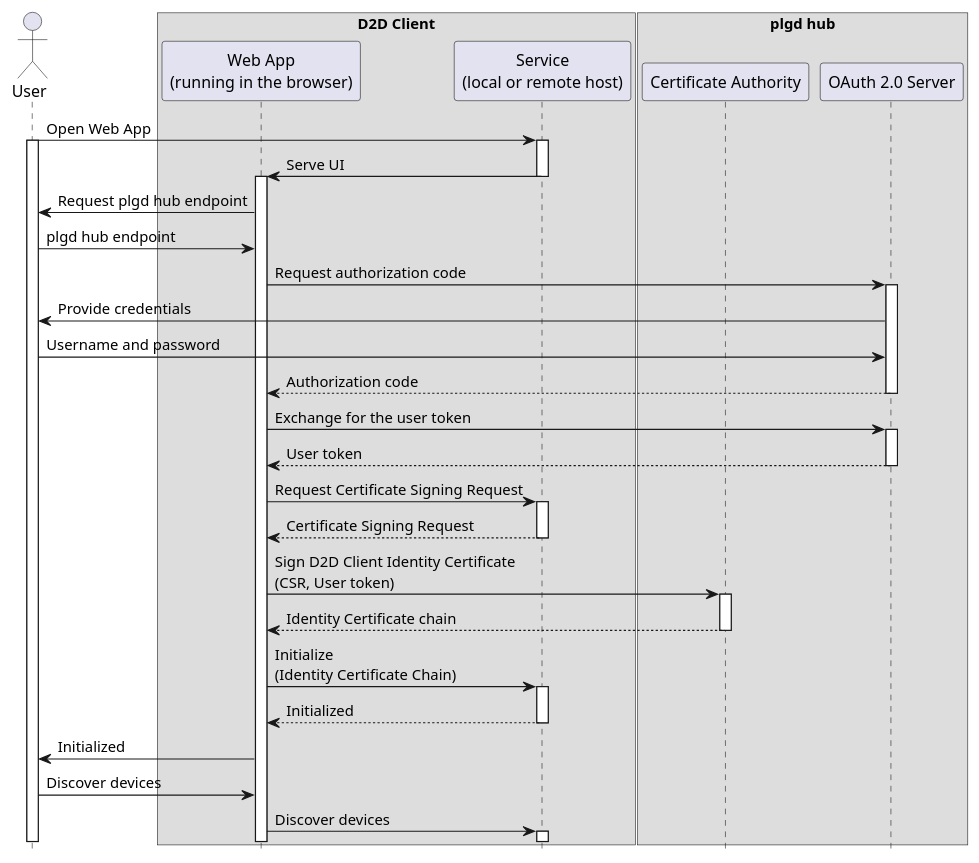
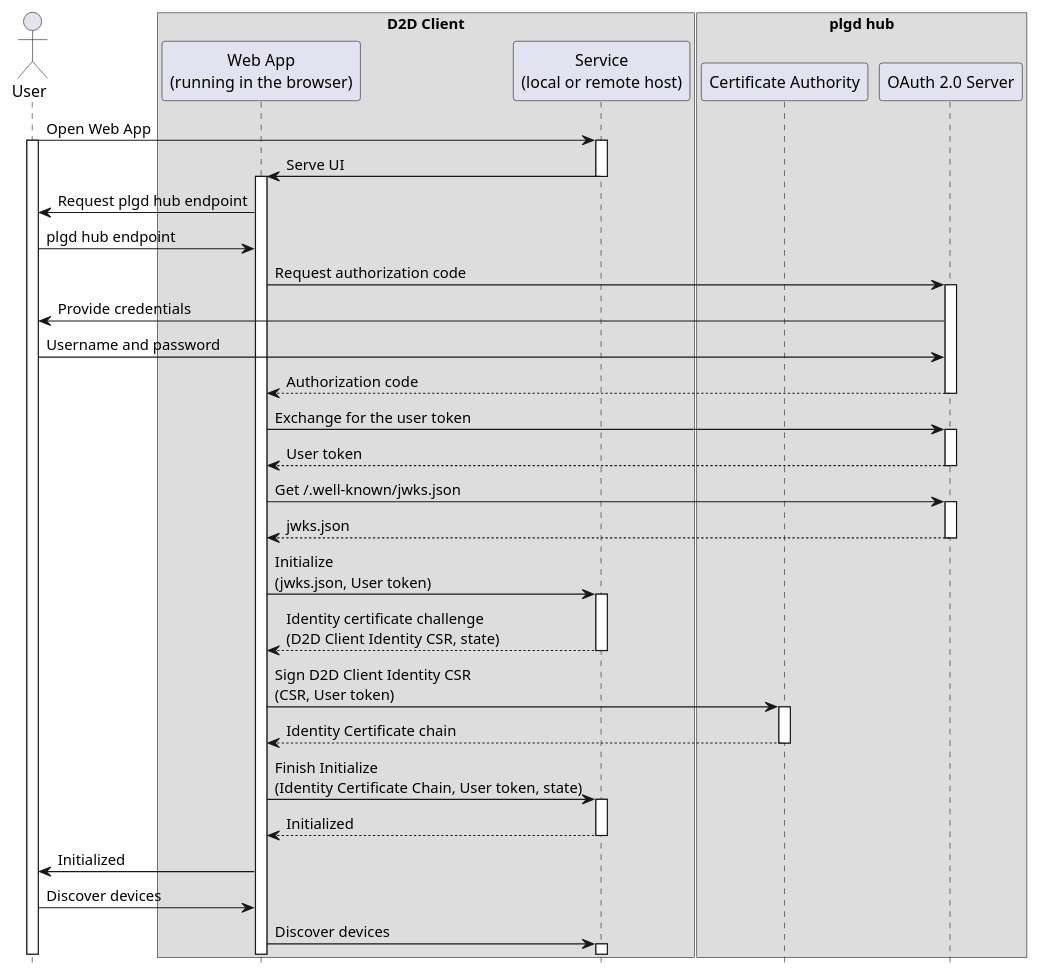
The second of 2 diagrams in content/en/device-to-device-client/client-initialization.md (plgd-dev/doc), drawn with PlantUML before and after one commit. The commit also changed other lines of this file and 3 other files, not shown here.

```diff
--- a/content/en/device-to-device-client/client-initialization.md
+++ b/content/en/device-to-device-client/client-initialization.md
@@ -118,46 +119,48 @@
 {{< plantuml id="mediated-csr" >}}
 @startuml Sequence
 skinparam backgroundColor transparent
 hide footbox
 
 actor U as "User"
 box "D2D Client"
 participant S as "Web App\n(running in the browser)"
 participant C as "Service\n(local or remote host)"
 end box
 
 box "plgd hub"
 participant CA as "Certificate Authority"
 participant OA as "OAuth 2.0 Server"
 end box
 
 U -> C ++: Open Web App
 activate U
 C -> S: Serve UI
 deactivate C
 activate S
 S -> U: Request plgd hub endpoint
 U -> S: plgd hub endpoint
 
 S -> OA ++: Request authorization code
 OA -> U: Provide credentials
 U -> OA: Username and password
 return Authorization code
 
 S -> OA ++: Exchange for the user token
 return User token
 
-S -> C ++: Request Certificate Signing Request
-return Certificate Signing Request
+S -> OA ++: Get /.well-known/jwks.json
+return jwks.json
 
-S -> CA ++: Sign D2D Client Identity Certificate\n(CSR, User token)
+S -> C ++: Initialize\n(jwks.json, User token)
+return Identity certificate challenge\n(D2D Client Identity CSR, state)
+
+S -> CA ++: Sign D2D Client Identity CSR\n(CSR, User token)
 return Identity Certificate chain
 
-
-S -> C ++: Initialize\n(Identity Certificate Chain)
+S -> C ++: Finish Initialize\n(Identity Certificate Chain, User token, state)
 return Initialized
 S -> U: Initialized
 U -> S: Discover devices
 S -> C ++: Discover devices
 @enduml
 {{< /plantuml >}}
```
